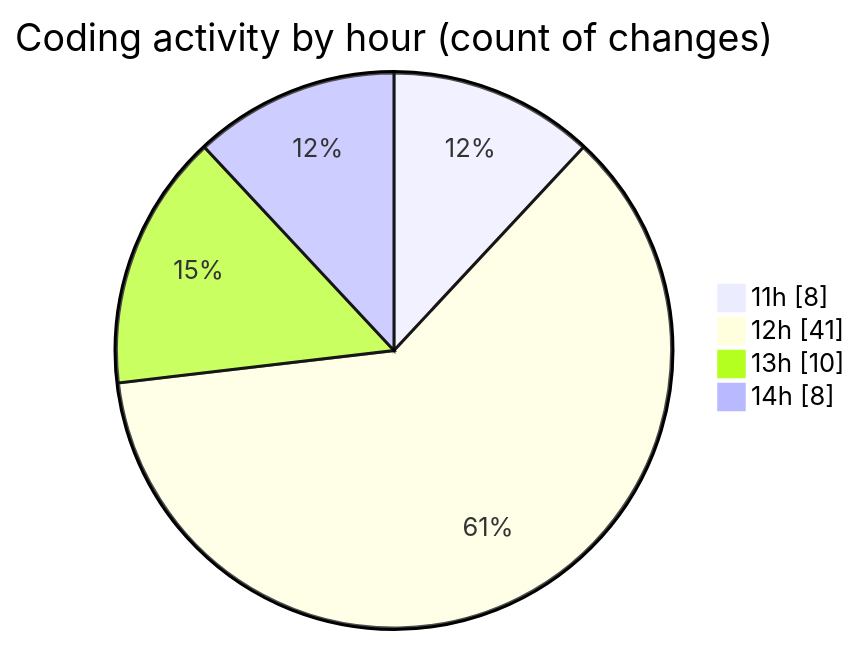
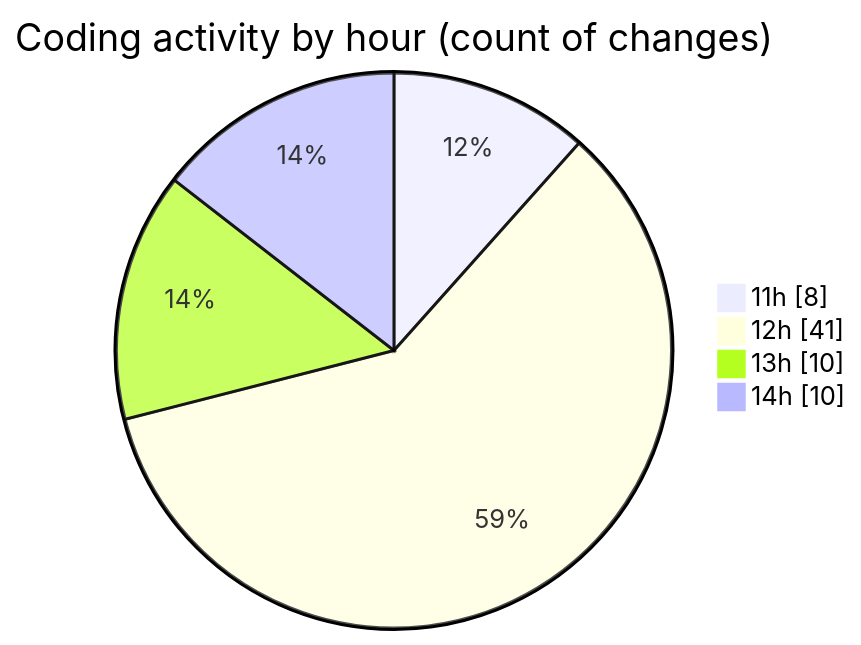
One commit to BS-eng2023/code-tracking changed the second of 2 diagrams in 2025-05-04/project/README.md. Above: the diagram before and after it, drawn with Mermaid. The commit also changed other lines of this file and 1 other file, not shown here.

````diff
--- a/2025-05-04/project/README.md
+++ b/2025-05-04/project/README.md
@@ -47,8 +48,8 @@
 ```mermaid
 pie showData
 title Coding activity by hour (count of changes)
 "11h" : 8
 "12h" : 41
 "13h" : 10
-"14h" : 8
+"14h" : 10
 ```
````
